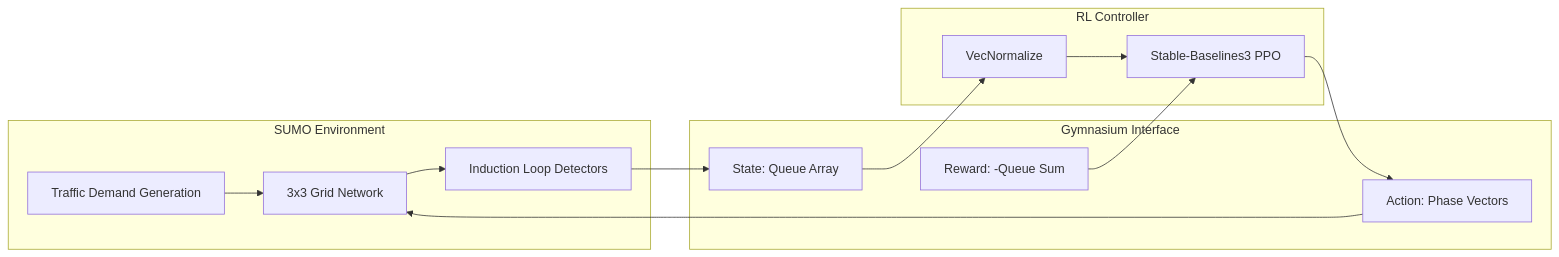
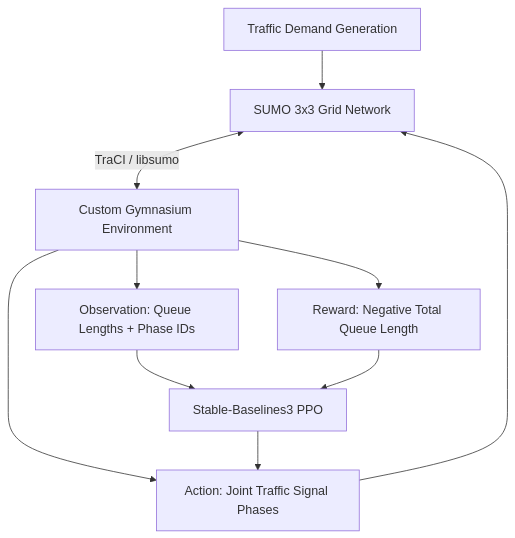
The diagram in README.md (Dinesh-5445/traffic-signal-optimization-rl), drawn with Mermaid before and after one commit. The commit also changed other lines of this file and 1 other file, not shown here.

Commit message:
feat: implement Version 2 MARL architecture

````diff
--- a/README.md
+++ b/README.md
@@ -18,29 +33,12 @@
 ```mermaid
-flowchart LR
-    subgraph SUMO Environment
-        A[3x3 Grid Network]
-        B[Traffic Demand Generation]
-        C[Induction Loop Detectors]
-    end
-    
-    subgraph Gymnasium Interface
-        D[State: Queue Array]
-        E[Reward: -Queue Sum]
-        F[Action: Phase Vectors]
-    end
-    
-    subgraph RL Controller
-        G[Stable-Baselines3 PPO]
-        H[VecNormalize]
-    end
-    
-    A --> C
-    C --> D
-    D --> H
-    H --> G
-    B --> A
-    
+flowchart TD
+    A[Traffic Demand Generation] --> B[SUMO 3x3 Grid Network]
+    B <-->|TraCI / libsumo| C[Custom Gymnasium Environment]
+    C --> D[Observation: Queue Lengths + Phase IDs]
+    C --> E[Reward: Negative Total Queue Length]
+    C --> F[Action: Joint Traffic Signal Phases]
+    D --> G[Stable-Baselines3 PPO]
+    E --> G
     G --> F
-    F --> A
-    E --> G
+    F --> B
 ```
````
